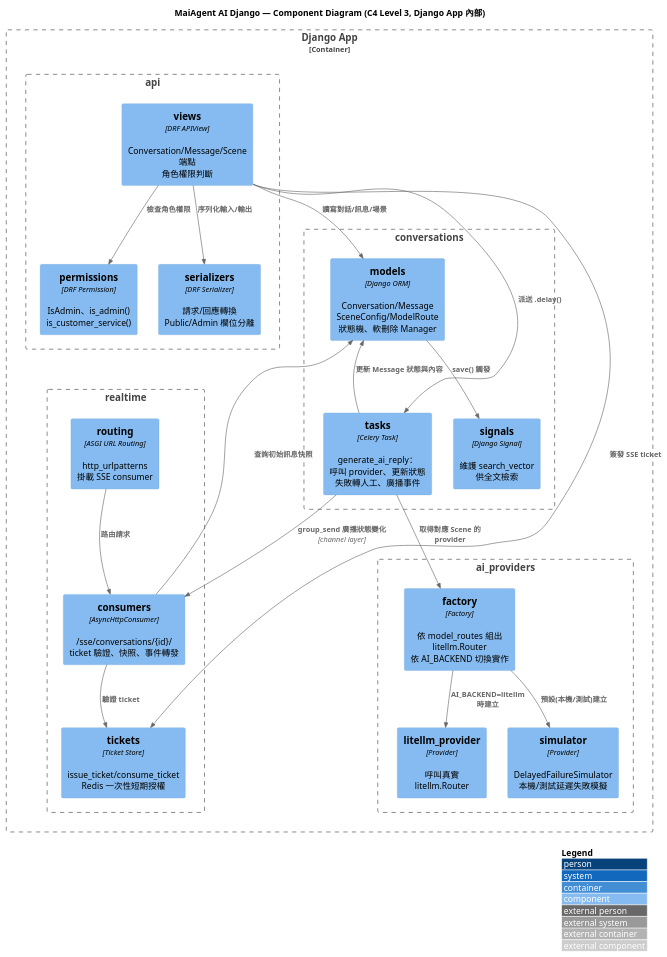
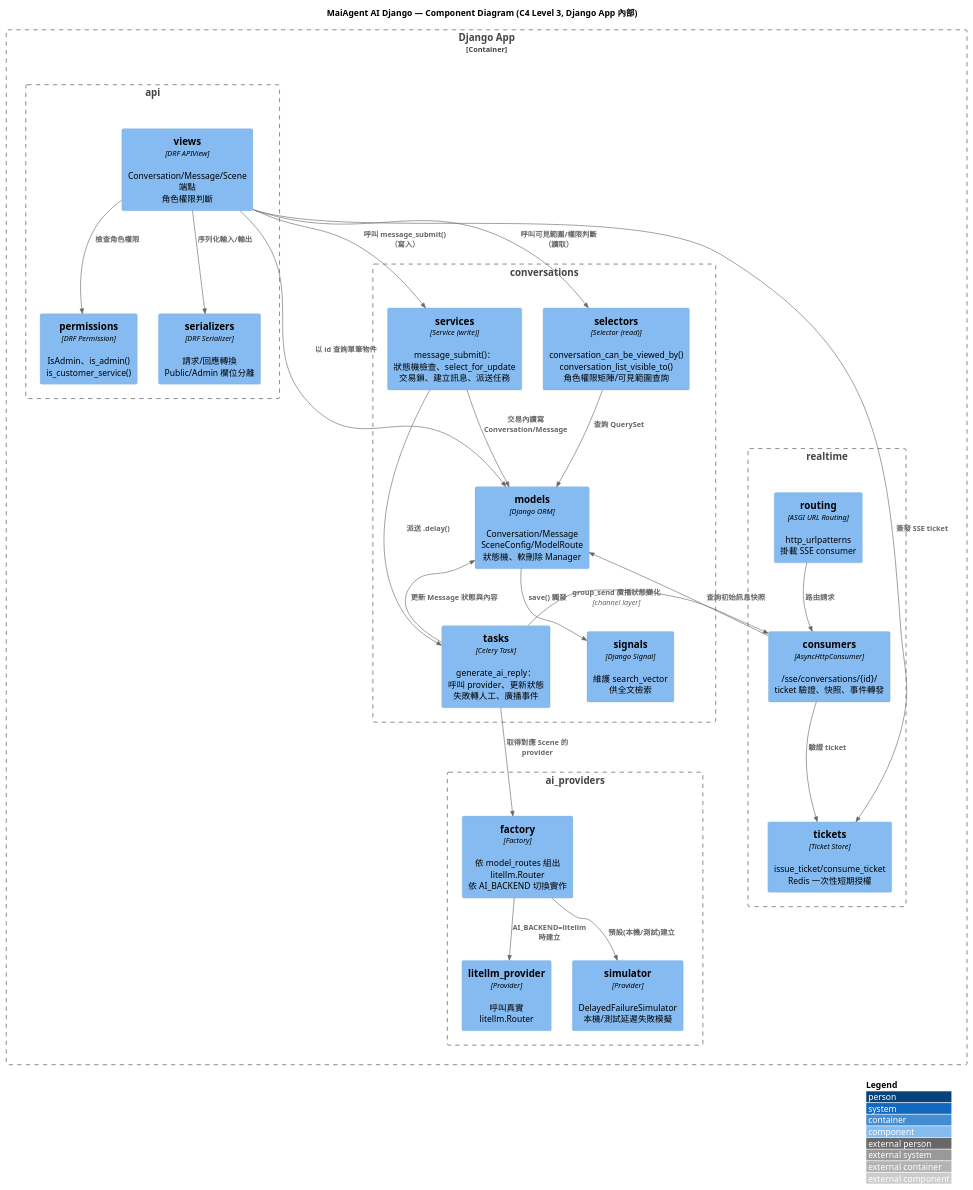
One commit to KScaesar/MaiAgent2026 changed the diagram in docs/architecture/component.puml. Above: the diagram before and after it, drawn with PlantUML. The commit also changed 11 other files, not shown here.

First line of the commit message:
refactor(conversations): extract services/selectors per HackSoft styleguide

```diff
--- a/docs/architecture/component.puml
+++ b/docs/architecture/component.puml
@@ -1,73 +1,83 @@
 @startuml component
 !include https://raw.githubusercontent.com/plantuml-stdlib/C4-PlantUML/master/C4_Component.puml
 
 LAYOUT_TOP_DOWN()
 LAYOUT_WITH_LEGEND()
 
 title MaiAgent AI Django — Component Diagram (C4 Level 3, Django App 內部)
 
 Container_Boundary(webapp, "Django App") {
 
     Boundary(apiPkg, "api") {
         Component(apiViews, "views", "DRF APIView", "Conversation/Message/Scene 端點\n角色權限判斷")
         Component(apiPerm, "permissions", "DRF Permission", "IsAdmin、is_admin()\nis_customer_service()")
         Component(apiSerializers, "serializers", "DRF Serializer", "請求/回應轉換\nPublic/Admin 欄位分離")
     }
 
     Boundary(convPkg, "conversations") {
+        Component(convServices, "services", "Service (write)", "message_submit()：\n狀態機檢查、select_for_update\n交易鎖、建立訊息、派送任務")
+        Component(convSelectors, "selectors", "Selector (read)", "conversation_can_be_viewed_by()\nconversation_list_visible_to()\n角色權限矩陣/可見範圍查詢")
         Component(convSignals, "signals", "Django Signal", "維護 search_vector\n供全文檢索")
         Component(convModels, "models", "Django ORM", "Conversation/Message\nSceneConfig/ModelRoute\n狀態機、軟刪除 Manager")
         Component(convTasks, "tasks", "Celery Task", "generate_ai_reply：\n呼叫 provider、更新狀態\n失敗轉人工、廣播事件")
     }
 
     Boundary(providerPkg, "ai_providers") {
         Component(providerFactory, "factory", "Factory", "依 model_routes 組出\nlitellm.Router\n依 AI_BACKEND 切換實作")
         Component(providerLiteLLM, "litellm_provider", "Provider", "呼叫真實\nlitellm.Router")
         Component(providerSimulator, "simulator", "Provider", "DelayedFailureSimulator\n本機/測試延遲失敗模擬")
     }
 
     Boundary(rtPkg, "realtime") {
         Component(rtRouting, "routing", "ASGI URL Routing", "http_urlpatterns\n掛載 SSE consumer")
         Component(rtConsumer, "consumers", "AsyncHttpConsumer", "/sse/conversations/{id}/\nticket 驗證、快照、事件轉發")
         Component(rtTickets, "tickets", "Ticket Store", "issue_ticket/consume_ticket\nRedis 一次性短期授權")
     }
 }
 
 Rel(apiViews, apiPerm, "檢查角色權限")
 Rel(apiViews, apiSerializers, "序列化輸入/輸出")
-Rel(apiViews, convModels, "讀寫對話/訊息/場景")
+Rel(apiViews, convServices, "呼叫 message_submit()\n（寫入）")
+Rel(apiViews, convSelectors, "呼叫可見範圍/權限判斷\n（讀取）")
+Rel(apiViews, convModels, "以 id 查詢單筆物件")
 Rel(apiViews, rtTickets, "簽發 SSE ticket")
-Rel(apiViews, convTasks, "派送 .delay()")
+
+Rel(convServices, convModels, "交易內讀寫\nConversation/Message")
+Rel(convServices, convTasks, "派送 .delay()")
+Rel(convSelectors, convModels, "查詢 QuerySet")
 
 Rel(convTasks, convModels, "更新 Message 狀態與內容")
 Rel(convTasks, providerFactory, "取得對應 Scene 的 provider")
 Rel(convTasks, rtConsumer, "group_send 廣播狀態變化", "channel layer")
 
 Rel(providerFactory, providerLiteLLM, "AI_BACKEND=litellm 時建立")
 Rel(providerFactory, providerSimulator, "預設(本機/測試)建立")
 
 Rel(convModels, convSignals, "save() 觸發")
 
 Rel(rtRouting, rtConsumer, "路由請求")
 Rel(rtConsumer, rtTickets, "驗證 ticket")
 Rel(rtConsumer, convModels, "查詢初始訊息快照")
 
 ' 版面提示：api 在最上層；conversations 置中；realtime / ai_providers 並排在最下層(realtime 左、ai_providers 右)。
-' conversations 內部讓 models 貼左(面向 realtime)、tasks 貼右(面向 ai_providers)，
+' conversations 內部由左至右依序排列 services -> selectors -> models -> signals -> tasks，
+' 讓 services/selectors 貼近 apiViews（面向上方）、models 居中承接兩者、tasks 貼右(面向 ai_providers)，
 ' 兩條對外邊各自往同一側直線延伸，才不會在中間交叉成 X。
 ' convTasks<->rtConsumer<->convModels 的雙向依賴都共用 rtConsumer 這個節點，兩條邊會在 rtConsumer 匯聚而非彼此交叉；
 ' views 對外的多條邊也都共用 apiViews 同一起點，同理不會自我交叉。
 Lay_D(apiPkg, convPkg)
 Lay_D(convPkg, rtPkg)
 Lay_R(rtPkg, providerPkg)
 
 Lay_R(apiViews, apiPerm)
 Lay_R(apiPerm, apiSerializers)
+Lay_R(convServices, convSelectors)
+Lay_R(convSelectors, convModels)
 Lay_U(convModels, convSignals)
 Lay_R(convModels, convTasks)
 Lay_R(providerFactory, providerLiteLLM)
 Lay_R(providerLiteLLM, providerSimulator)
 Lay_D(rtRouting, rtConsumer)
 Lay_D(rtConsumer, rtTickets)
 
 @enduml
```
